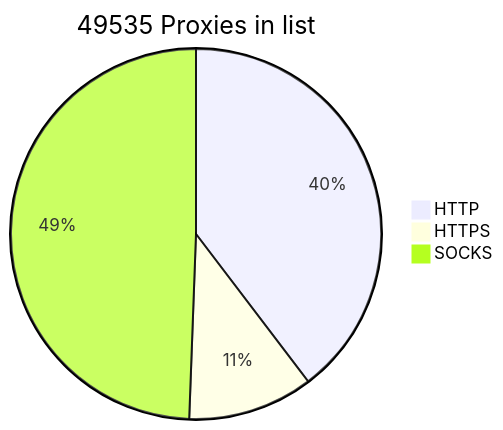
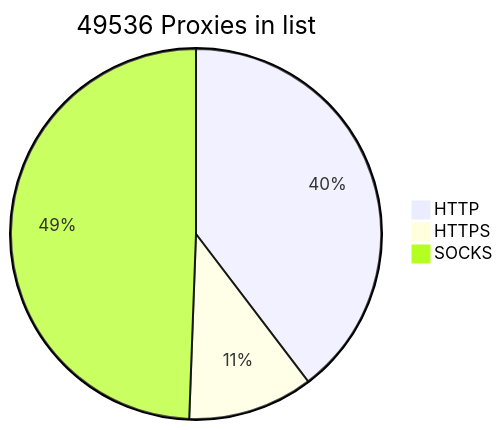
One commit to BlackSnowDot/proxylist-update-every-minute changed the diagram in README.md. Above: the diagram before and after it, drawn with Mermaid.

````diff
--- a/README.md
+++ b/README.md
@@ -2,6 +2,6 @@
 ```mermaid
-pie title 49535 Proxies in list
+pie title 49536 Proxies in list
     "HTTP" : 21738
     "HTTPS": 5995
-    "SOCKS" : 27092
+    "SOCKS" : 27093
 ```
````
